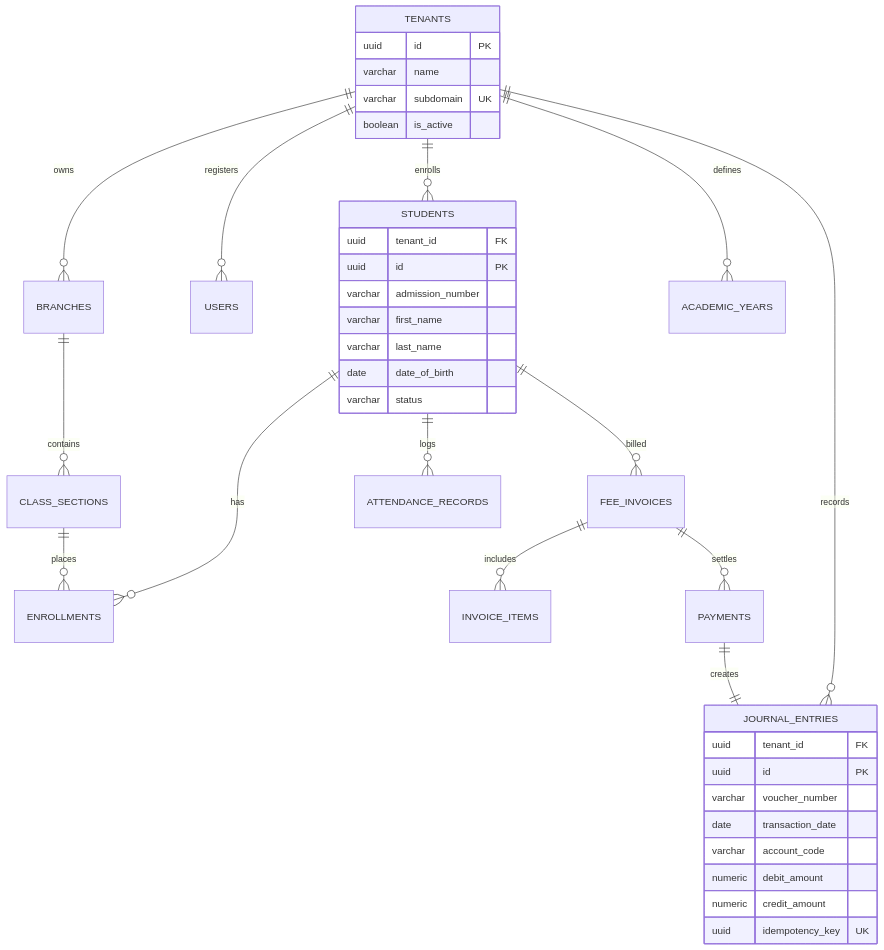
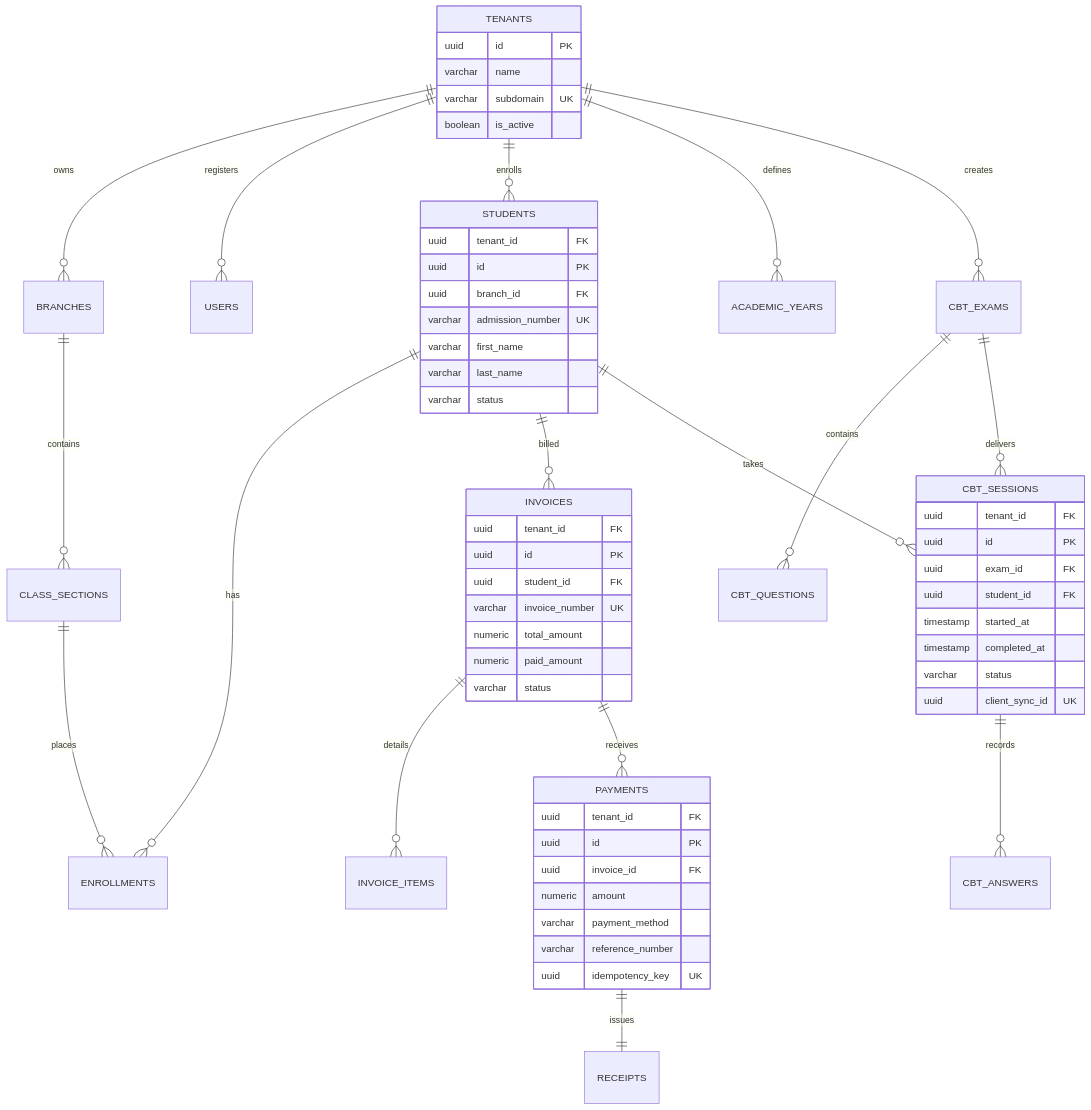
One commit to Yoba21/Fidel_Hub changed the diagram in documentation/03-database/ERD.md. Above: the diagram before and after it, drawn with Mermaid. The commit also changed other lines of this file and 12 other files, not shown here.

Commit message:
refactor: align specs with PRD - simplify fee management (no full GL) and shift offline architecture to CBT/exam delivery

````diff
--- a/documentation/03-database/ERD.md
+++ b/documentation/03-database/ERD.md
@@ -14,46 +15,70 @@
 ```mermaid
 erDiagram
     TENANTS ||--o{ BRANCHES : owns
     TENANTS ||--o{ USERS : registers
     TENANTS ||--o{ STUDENTS : enrolls
     TENANTS ||--o{ ACADEMIC_YEARS : defines
-    TENANTS ||--o{ JOURNAL_ENTRIES : records
 
     BRANCHES ||--o{ CLASS_SECTIONS : contains
     CLASS_SECTIONS ||--o{ ENROLLMENTS : places
     STUDENTS ||--o{ ENROLLMENTS : has
-    STUDENTS ||--o{ ATTENDANCE_RECORDS : logs
-    STUDENTS ||--o{ FEE_INVOICES : billed
+    STUDENTS ||--o{ INVOICES : billed
 
-    FEE_INVOICES ||--o{ INVOICE_ITEMS : includes
-    FEE_INVOICES ||--o{ PAYMENTS : settles
-    PAYMENTS ||--|| JOURNAL_ENTRIES : creates
+    INVOICES ||--o{ INVOICE_ITEMS : details
+    INVOICES ||--o{ PAYMENTS : receives
+    PAYMENTS ||--|| RECEIPTS : issues
+
+    TENANTS ||--o{ CBT_EXAMS : creates
+    CBT_EXAMS ||--o{ CBT_QUESTIONS : contains
+    CBT_EXAMS ||--o{ CBT_SESSIONS : delivers
+    STUDENTS ||--o{ CBT_SESSIONS : takes
+    CBT_SESSIONS ||--o{ CBT_ANSWERS : records
 
     TENANTS {
         uuid id PK
         varchar name
         varchar subdomain UK
         boolean is_active
     }
 
     STUDENTS {
         uuid tenant_id FK
         uuid id PK
-        varchar admission_number
+        uuid branch_id FK
+        varchar admission_number UK
         varchar first_name
         varchar last_name
-        date date_of_birth
         varchar status
     }
 
-    JOURNAL_ENTRIES {
+    INVOICES {
         uuid tenant_id FK
         uuid id PK
-        varchar voucher_number
-        date transaction_date
-        varchar account_code
-        numeric debit_amount
-        numeric credit_amount
+        uuid student_id FK
+        varchar invoice_number UK
+        numeric total_amount
+        numeric paid_amount
+        varchar status
+    }
+
+    PAYMENTS {
+        uuid tenant_id FK
+        uuid id PK
+        uuid invoice_id FK
+        numeric amount
+        varchar payment_method
+        varchar reference_number
         uuid idempotency_key UK
     }
+
+    CBT_SESSIONS {
+        uuid tenant_id FK
+        uuid id PK
+        uuid exam_id FK
+        uuid student_id FK
+        timestamp started_at
+        timestamp completed_at
+        varchar status
+        uuid client_sync_id UK
+    }
 ```
````
